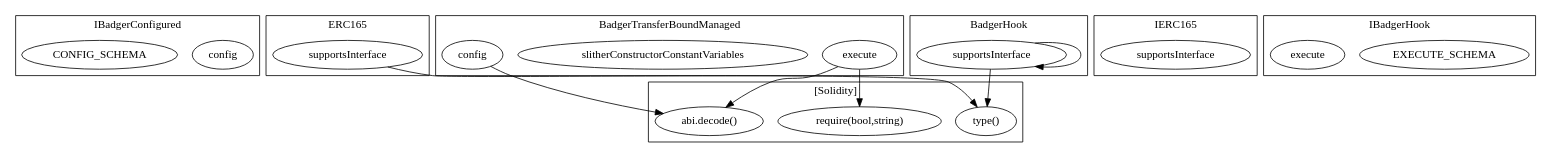
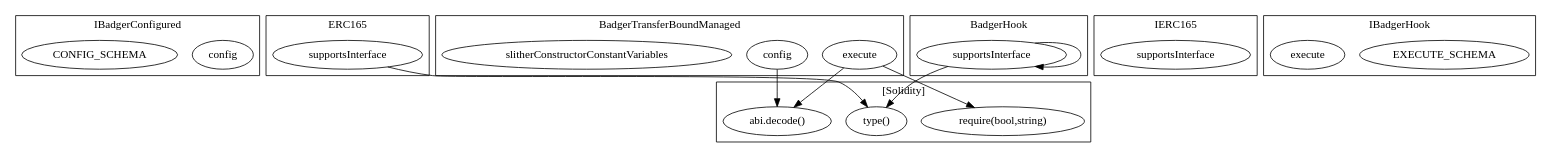
The diagram in contracts/build/...BadgerTransferBoundManaged.call-graph.dot (FlipsideCrypto/badger), drawn with Graphviz before and after one commit. The commit also changed other lines of this file and 23 other files, not shown here.

```diff
--- a/contracts/build/...BadgerTransferBoundManaged.call-graph.dot
+++ b/contracts/build/...BadgerTransferBoundManaged.call-graph.dot
@@ -1,36 +1,36 @@
 strict digraph {
 subgraph cluster_6468_IBadgerConfigured {
 label = "IBadgerConfigured"
 "6468_config" [label="config"]
 "6468_CONFIG_SCHEMA" [label="CONFIG_SCHEMA"]
 }subgraph cluster_3081_ERC165 {
 label = "ERC165"
 "3081_supportsInterface" [label="supportsInterface"]
 }subgraph cluster_6352_BadgerTransferBoundManaged {
 label = "BadgerTransferBoundManaged"
 "6352_execute" [label="execute"]
+"6352_config" [label="config"]
 "6352_slitherConstructorConstantVariables" [label="slitherConstructorConstantVariables"]
-"6352_config" [label="config"]
 }subgraph cluster_3093_IERC165 {
 label = "IERC165"
 "3093_supportsInterface" [label="supportsInterface"]
 }subgraph cluster_6488_IBadgerHook {
 label = "IBadgerHook"
 "6488_EXECUTE_SCHEMA" [label="EXECUTE_SCHEMA"]
 "6488_execute" [label="execute"]
 }subgraph cluster_4956_BadgerHook {
 label = "BadgerHook"
 "4956_supportsInterface" [label="supportsInterface"]
 "4956_supportsInterface" -> "4956_supportsInterface"
 }subgraph cluster_solidity {
 label = "[Solidity]"
+"type()" 
 "require(bool,string)" 
 "abi.decode()" 
-"type()" 
+"3081_supportsInterface" -> "type()"
+"4956_supportsInterface" -> "type()"
+"6352_config" -> "abi.decode()"
 "6352_execute" -> "require(bool,string)"
-"6352_config" -> "abi.decode()"
-"4956_supportsInterface" -> "type()"
-"3081_supportsInterface" -> "type()"
 "6352_execute" -> "abi.decode()"
 }
 }
```
